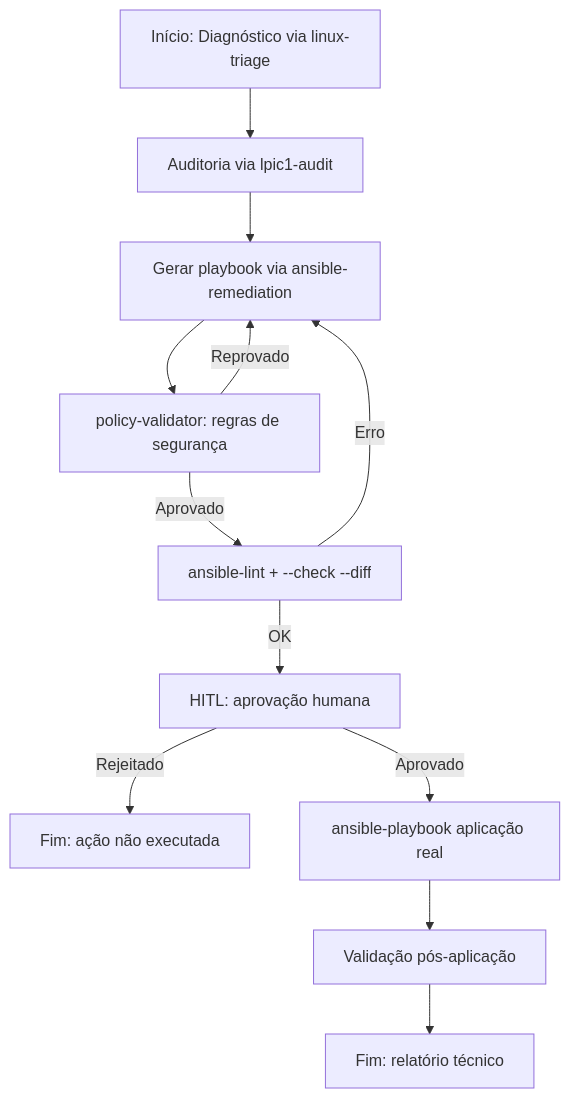
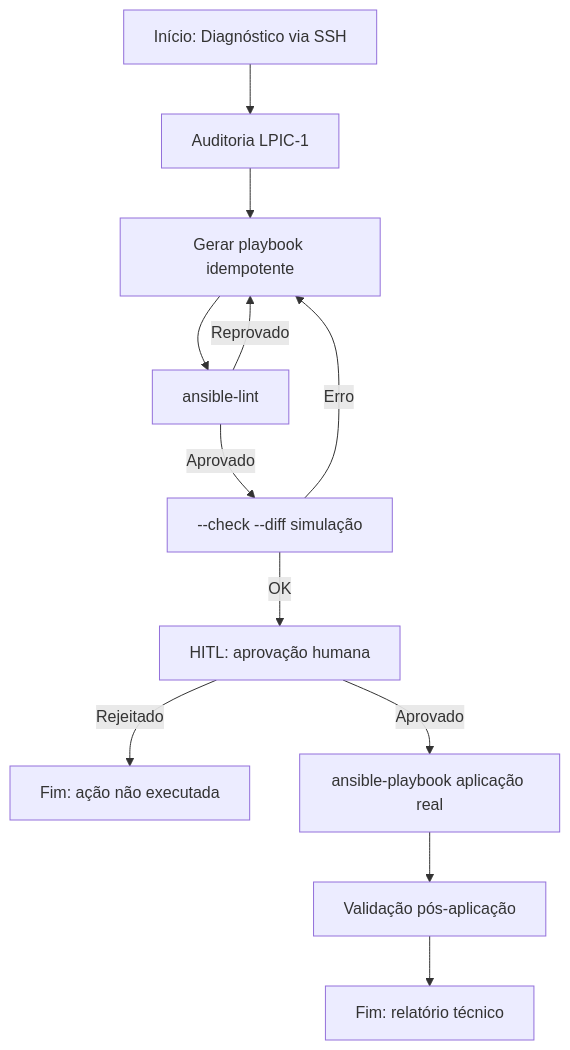
The third of 4 diagrams in docs/ANSIBLE-GUIDE.md (AlexRabelo/aiops-control-node), drawn with Mermaid before and after one commit. The commit also changed other lines of this file, not shown here.

First line of the commit message:
docs: refatorar ANSIBLE-GUIDE.md alinhado à estrutura real do repositório

````diff
--- a/docs/ANSIBLE-GUIDE.md
+++ b/docs/ANSIBLE-GUIDE.md
@@ -440,14 +580,14 @@
 ```mermaid
 flowchart TD
-    A[Início: Diagnóstico via linux-triage] --> B[Auditoria via lpic1-audit]
-    B --> C[Gerar playbook via ansible-remediation]
-    C --> D[policy-validator: regras de segurança]
+    A[Início: Diagnóstico via SSH] --> B[Auditoria LPIC-1]
+    B --> C[Gerar playbook idempotente]
+    C --> D[ansible-lint]
     D -->|Reprovado| C
-    D -->|Aprovado| E[ansible-lint + --check --diff]
+    D -->|Aprovado| E[--check --diff simulação]
     E -->|Erro| C
     E -->|OK| F[HITL: aprovação humana]
     F -->|Rejeitado| G[Fim: ação não executada]
     F -->|Aprovado| H[ansible-playbook aplicação real]
     H --> I[Validação pós-aplicação]
     I --> Fim[Fim: relatório técnico]
 ```
````
